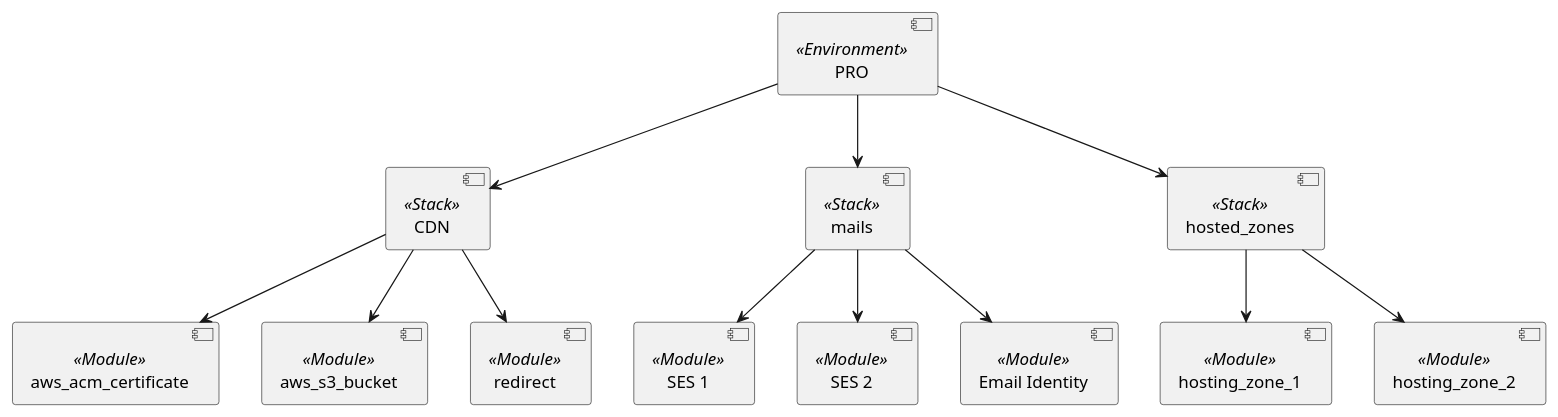
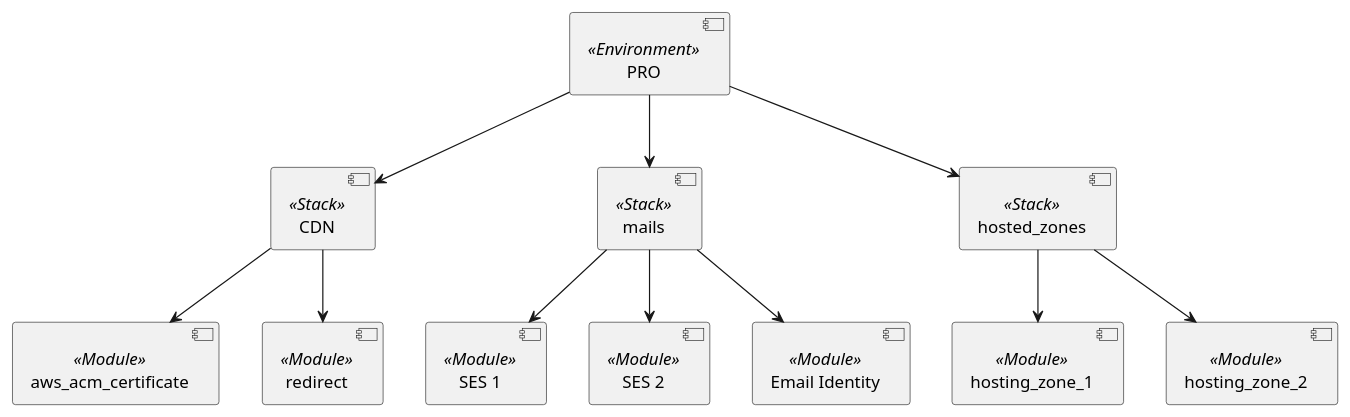
One commit to copotrzebne-pl/infrastructure changed the diagram in diagrams/terraform-structure.puml. Above: the diagram before and after it, drawn with PlantUML. The commit also changed 26 other files, not shown here.

```diff
--- a/diagrams/terraform-structure.puml
+++ b/diagrams/terraform-structure.puml
@@ -1,30 +1,28 @@
 @startuml
 
 component [PRO] <<Environment>> as pro
 
 component [CDN] <<Stack>> as cdn
 component [mails] <<Stack>> as mails
 component [hosted_zones] <<Stack>> as dns
 
 component [aws_acm_certificate] <<Module>> as cert
-component [aws_s3_bucket] <<Module>> as s3
 component [redirect] <<Module>> as redirect
 component [SES 1] <<Module>> as ses1
 component [SES 2] <<Module>> as ses2
 component [Email Identity] <<Module>> as email
 component [hosting_zone_1] <<Module>> as zone1
 component [hosting_zone_2] <<Module>> as zone2
 
 pro --> cdn
 cdn --> cert
-cdn --> s3
 cdn --> redirect
 pro --> dns
 dns --> zone1
 dns --> zone2
 
 pro --> mails
 mails --> ses1
 mails --> ses2
 mails --> email
 @enduml
```
